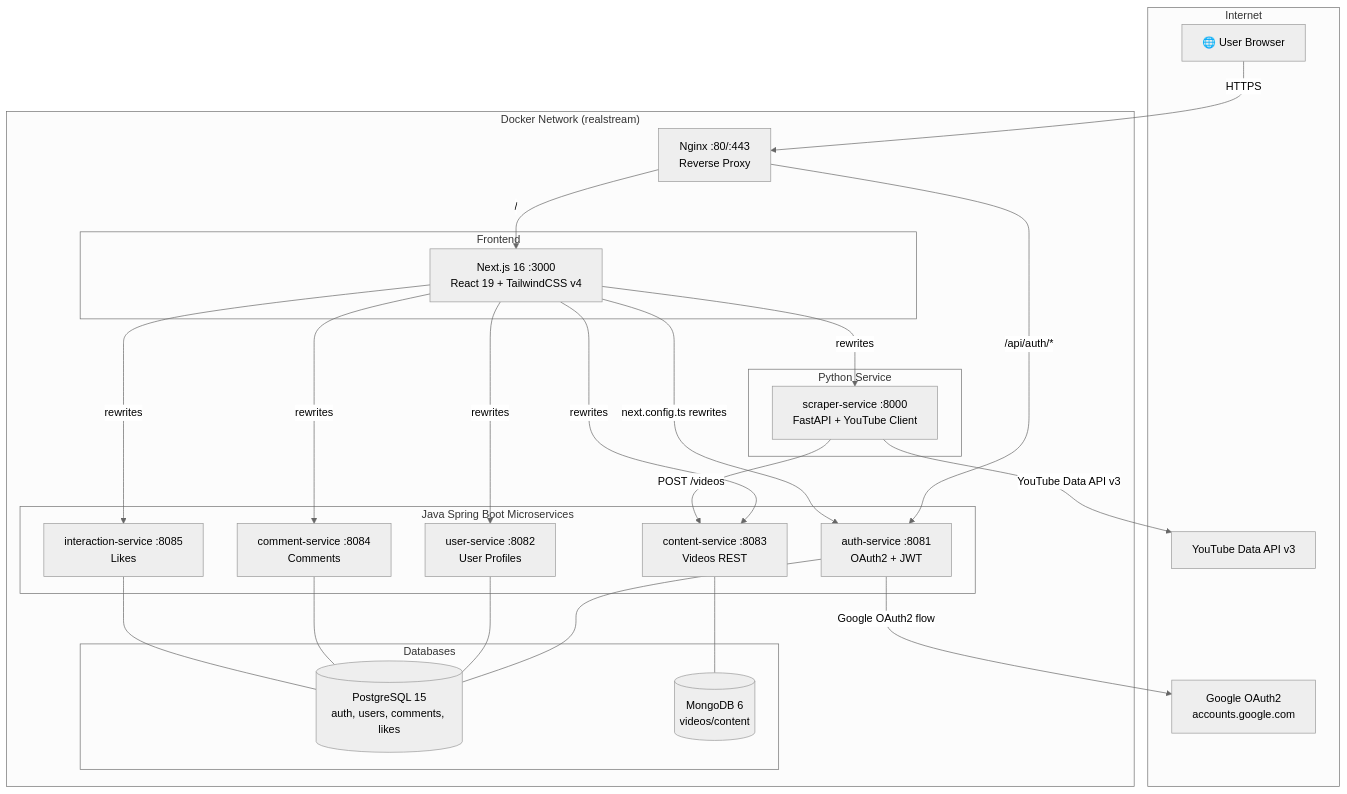
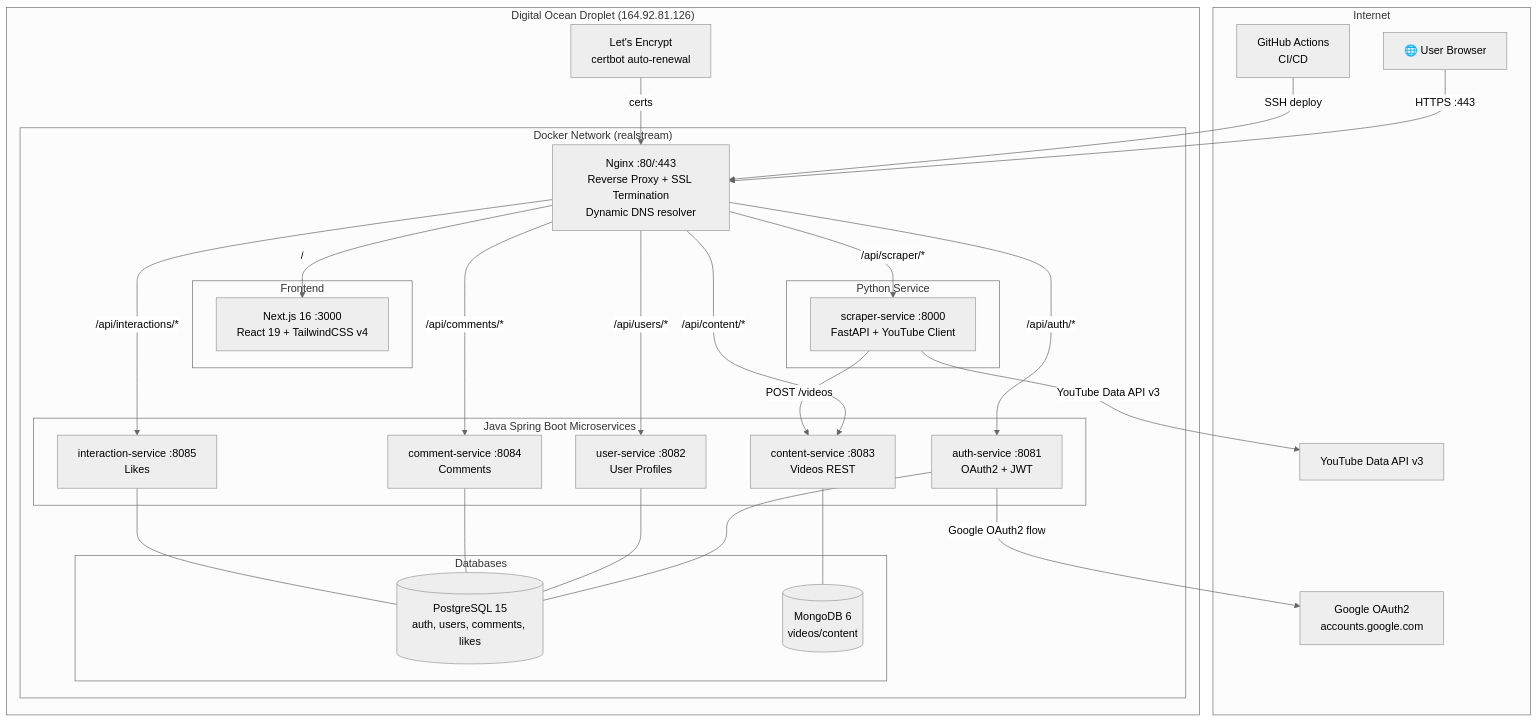
One commit to Saurav-Kalaskar/RealStream changed the first of 4 diagrams in realstream_architecture.md. Above: the diagram before and after it, drawn with Mermaid (neutral theme). The commit also changed other lines of this file, not shown here.

First line of the commit message:
docs: update architecture for Digital Ocean production deployment

````diff
--- a/realstream_architecture.md
+++ b/realstream_architecture.md
@@ -50,52 +56,58 @@
 ```mermaid
 graph TB
     subgraph Internet
         USER[🌐 User Browser]
         GOOGLE[Google OAuth2<br/>accounts.google.com]
         YOUTUBE[YouTube Data API v3]
+        GH[GitHub Actions<br/>CI/CD]
     end
 
-    subgraph "Docker Network (realstream)"
-        NGINX[Nginx :80/:443<br/>Reverse Proxy]
-        
-        subgraph "Frontend"
-            FE[Next.js 16 :3000<br/>React 19 + TailwindCSS v4]
-        end
+    subgraph "Digital Ocean Droplet (164.92.81.126)"
+        LE[Let's Encrypt<br/>certbot auto-renewal]
 
-        subgraph "Java Spring Boot Microservices"
-            AUTH[auth-service :8081<br/>OAuth2 + JWT]
-            USER_SVC[user-service :8082<br/>User Profiles]
-            CONTENT[content-service :8083<br/>Videos REST]
-            COMMENT[comment-service :8084<br/>Comments]
-            INTERACTION[interaction-service :8085<br/>Likes]
-        end
+        subgraph "Docker Network (realstream)"
+            NGINX[Nginx :80/:443<br/>Reverse Proxy + SSL Termination<br/>Dynamic DNS resolver]
+            
+            subgraph "Frontend"
+                FE[Next.js 16 :3000<br/>React 19 + TailwindCSS v4]
+            end
 
-        subgraph "Python Service"
-            SCRAPER[scraper-service :8000<br/>FastAPI + YouTube Client]
-        end
+            subgraph "Java Spring Boot Microservices"
+                AUTH[auth-service :8081<br/>OAuth2 + JWT]
+                USER_SVC[user-service :8082<br/>User Profiles]
+                CONTENT[content-service :8083<br/>Videos REST]
+                COMMENT[comment-service :8084<br/>Comments]
+                INTERACTION[interaction-service :8085<br/>Likes]
+            end
 
-        subgraph "Databases"
-            PG[(PostgreSQL 15<br/>auth, users, comments, likes)]
-            MONGO[(MongoDB 6<br/>videos/content)]
+            subgraph "Python Service"
+                SCRAPER[scraper-service :8000<br/>FastAPI + YouTube Client]
+            end
+
+            subgraph "Databases"
+                PG[(PostgreSQL 15<br/>auth, users, comments, likes)]
+                MONGO[(MongoDB 6<br/>videos/content)]
+            end
         end
     end
 
-    USER -->|HTTPS| NGINX
+    USER -->|HTTPS :443| NGINX
+    GH -->|SSH deploy| NGINX
+    LE -->|certs| NGINX
     NGINX -->|/| FE
     NGINX -->|/api/auth/*| AUTH
-    FE -->|next.config.ts rewrites| AUTH
-    FE -->|rewrites| USER_SVC
-    FE -->|rewrites| CONTENT
-    FE -->|rewrites| COMMENT
-    FE -->|rewrites| INTERACTION
-    FE -->|rewrites| SCRAPER
+    NGINX -->|/api/content/*| CONTENT
+    NGINX -->|/api/comments/*| COMMENT
+    NGINX -->|/api/interactions/*| INTERACTION
+    NGINX -->|/api/users/*| USER_SVC
+    NGINX -->|/api/scraper/*| SCRAPER
 
     AUTH -->|Google OAuth2 flow| GOOGLE
     AUTH --- PG
     USER_SVC --- PG
     COMMENT --- PG
     INTERACTION --- PG
     CONTENT --- MONGO
     SCRAPER -->|YouTube Data API v3| YOUTUBE
     SCRAPER -->|POST /videos| CONTENT
 ```
````
